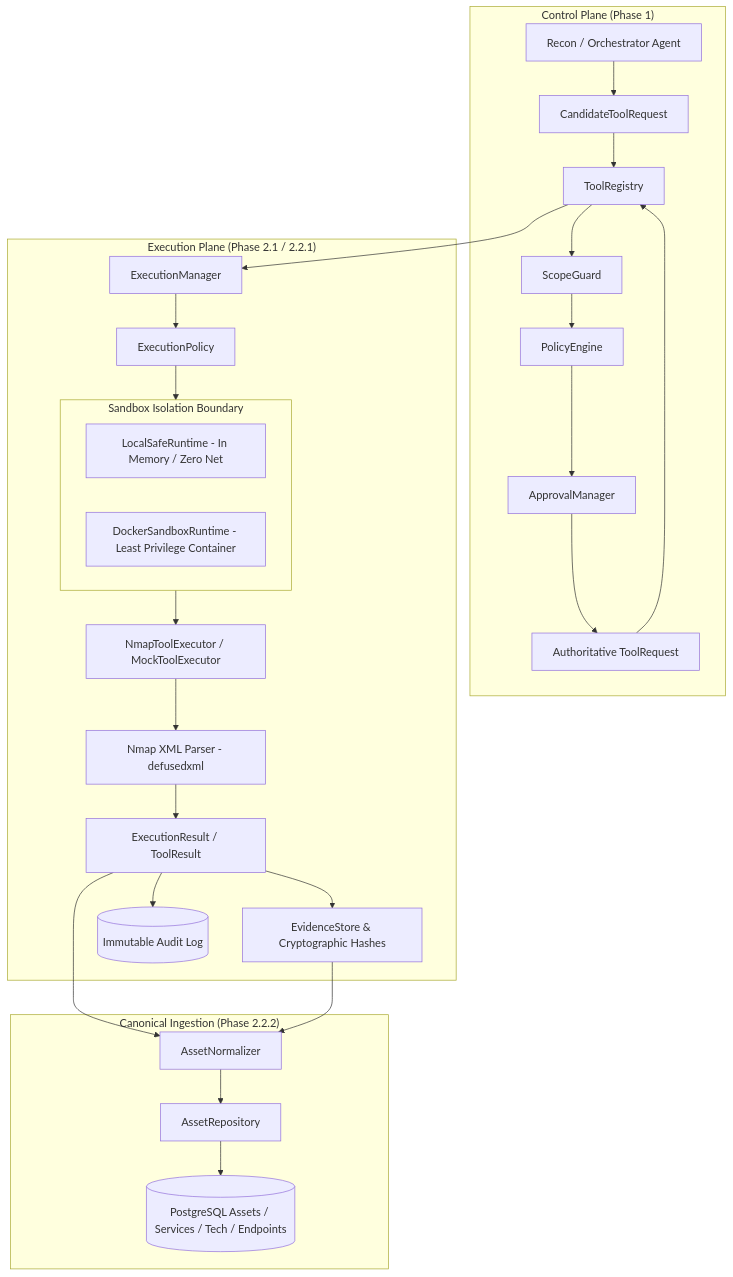
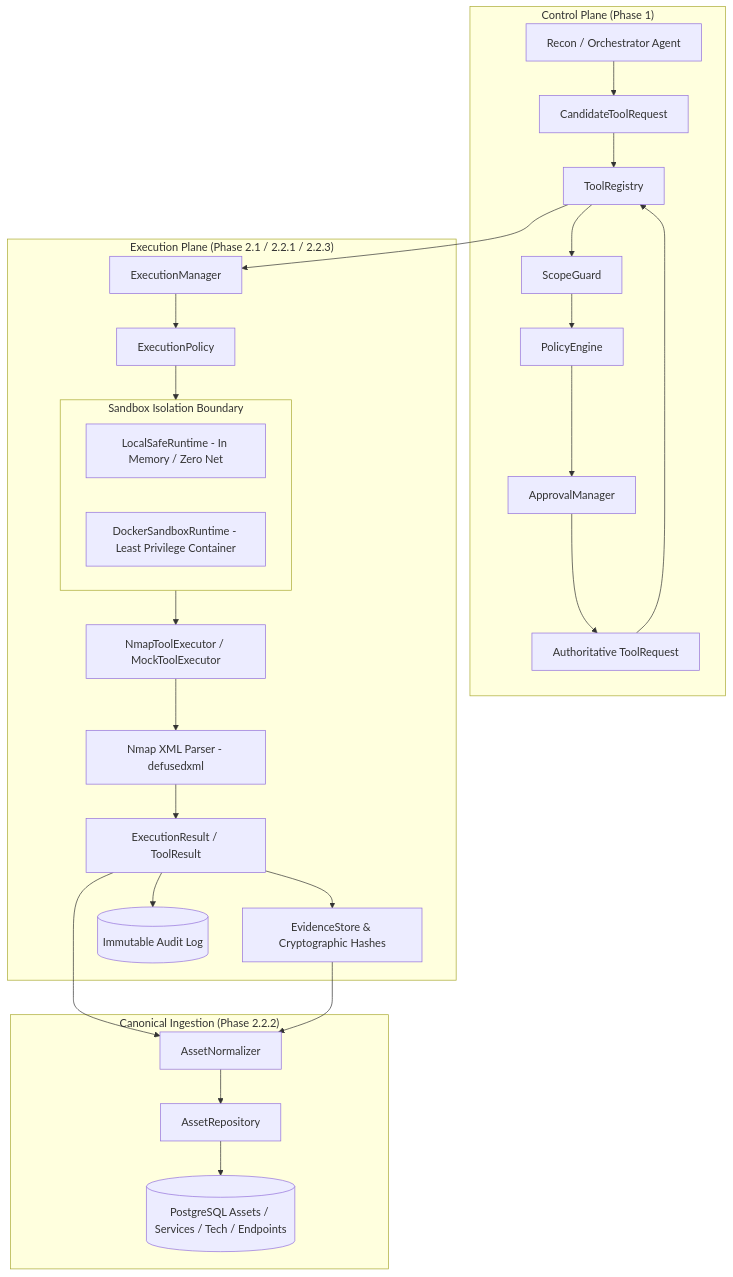
One commit to jivi001/ARKA changed the diagram in docs/phases/phase-2.md. Above: the diagram before and after it, drawn with Mermaid. The commit also changed other lines of this file and 15 other files, not shown here.

````diff
--- a/docs/phases/phase-2.md
+++ b/docs/phases/phase-2.md
@@ -13,55 +14,55 @@
 ```mermaid
 graph TD
     subgraph ControlPlane["Control Plane (Phase 1)"]
         Agent[Recon / Orchestrator Agent]
         Candidate[CandidateToolRequest]
         Registry[ToolRegistry]
         Scope[ScopeGuard]
         Policy[PolicyEngine]
         Approval[ApprovalManager]
         AuthReq[Authoritative ToolRequest]
     end
     
-    subgraph ExecutionPlane["Execution Plane (Phase 2.1 / 2.2.1)"]
+    subgraph ExecutionPlane["Execution Plane (Phase 2.1 / 2.2.1 / 2.2.3)"]
         ExecMgr[ExecutionManager]
         ExecPolicy[ExecutionPolicy]
         
         subgraph IsolationRuntimes["Sandbox Isolation Boundary"]
             LocalRT[LocalSafeRuntime - In Memory / Zero Net]
             DockerRT[DockerSandboxRuntime - Least Privilege Container]
         end
         
         ToolExec[NmapToolExecutor / MockToolExecutor]
         NmapParser[Nmap XML Parser - defusedxml]
         ExecResult[ExecutionResult / ToolResult]
         Evidence[EvidenceStore & Cryptographic Hashes]
         AuditLog[(Immutable Audit Log)]
     end
 
     subgraph NormalizationAndAssetStore["Canonical Ingestion (Phase 2.2.2)"]
         AssetNormalizer[AssetNormalizer]
         AssetRepo[AssetRepository]
         AssetDB[(PostgreSQL Assets / Services / Tech / Endpoints)]
     end
     
     Agent --> Candidate
     Candidate --> Registry
     Registry --> Scope
     Scope --> Policy
     Policy --> Approval
     Approval --> AuthReq
     AuthReq --> Registry
     Registry --> ExecMgr
     ExecMgr --> ExecPolicy
     ExecPolicy --> IsolationRuntimes
     IsolationRuntimes --> ToolExec
     ToolExec --> NmapParser
     NmapParser --> ExecResult
     ExecResult --> Evidence
     ExecResult --> AuditLog
 
     ExecResult --> AssetNormalizer
     Evidence --> AssetNormalizer
     AssetNormalizer --> AssetRepo
     AssetRepo --> AssetDB
 ```
````
